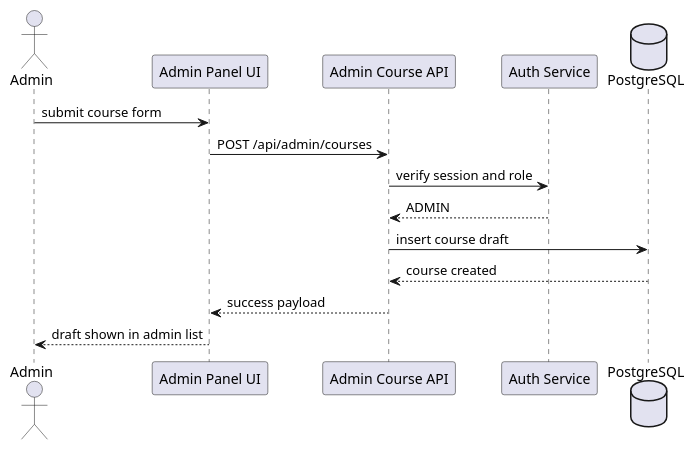
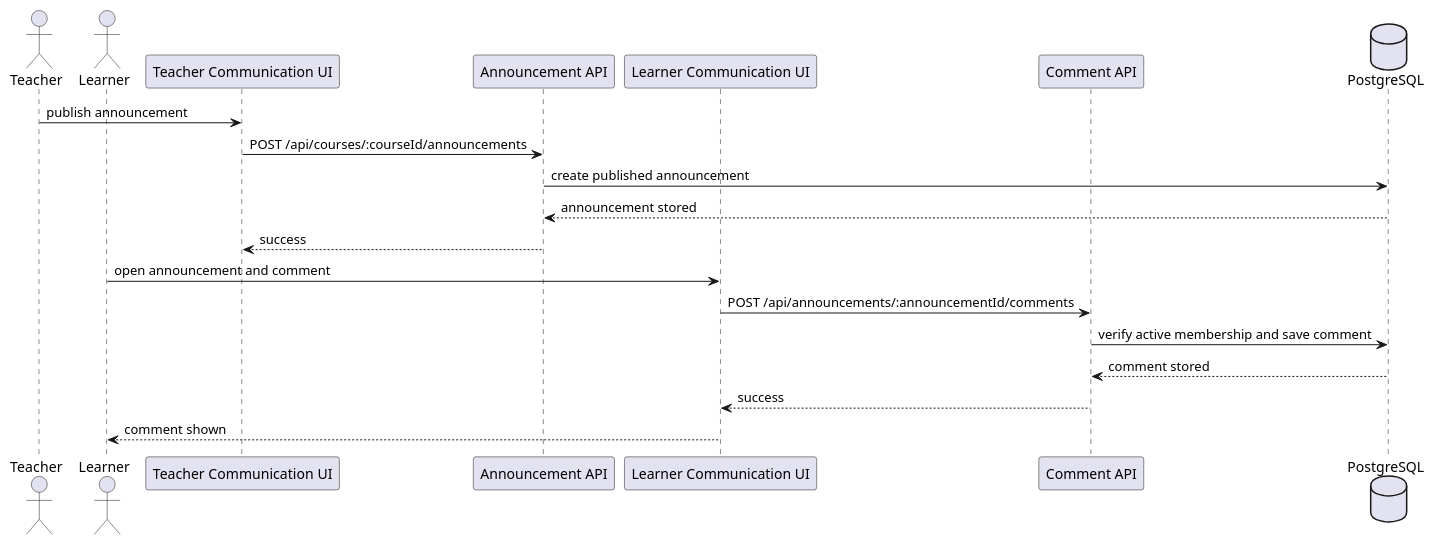
One commit to mohammedJaffal/skool changed the seventh of 10 diagrams in docs/SOFTWARE_CONCEPTION.md. Above: the diagram before and after it, drawn with PlantUML. The commit also changed other lines of this file and 2 other files, not shown here.

Commit message:
Align software conception with UML reference PDF

````diff
--- a/docs/SOFTWARE_CONCEPTION.md
+++ b/docs/SOFTWARE_CONCEPTION.md
@@ -791,18 +1002,23 @@
 ```plantuml
 @startuml
-actor Admin
-participant "Admin Panel UI" as UI
-participant "Admin Course API" as API
-participant "Auth Service" as AuthService
+actor Teacher
+actor Learner
+participant "Teacher Communication UI" as TeacherUI
+participant "Announcement API" as AnnouncementAPI
+participant "Learner Communication UI" as LearnerUI
+participant "Comment API" as CommentAPI
 database "PostgreSQL" as DB
 
-Admin -> UI : submit course form
-UI -> API : POST /api/admin/courses
-API -> AuthService : verify session and role
-AuthService --> API : ADMIN
-API -> DB : insert course draft
-DB --> API : course created
-API --> UI : success payload
-UI --> Admin : draft shown in admin list
+Teacher -> TeacherUI : publish announcement
+TeacherUI -> AnnouncementAPI : POST /api/courses/:courseId/announcements
+AnnouncementAPI -> DB : create published announcement
+DB --> AnnouncementAPI : announcement stored
+AnnouncementAPI --> TeacherUI : success
+Learner -> LearnerUI : open announcement and comment
+LearnerUI -> CommentAPI : POST /api/announcements/:announcementId/comments
+CommentAPI -> DB : verify active membership and save comment
+DB --> CommentAPI : comment stored
+CommentAPI --> LearnerUI : success
+LearnerUI --> Learner : comment shown
 @enduml
 ```
````
